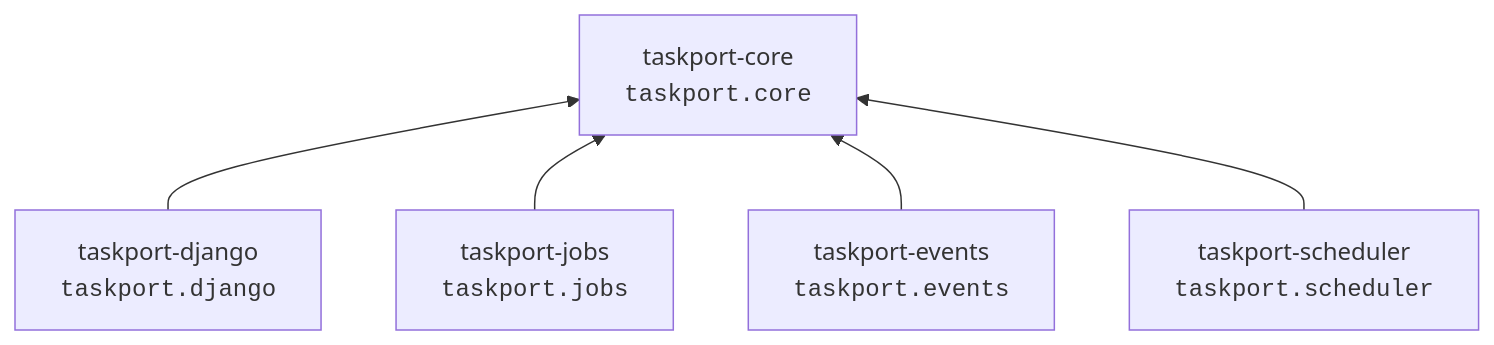
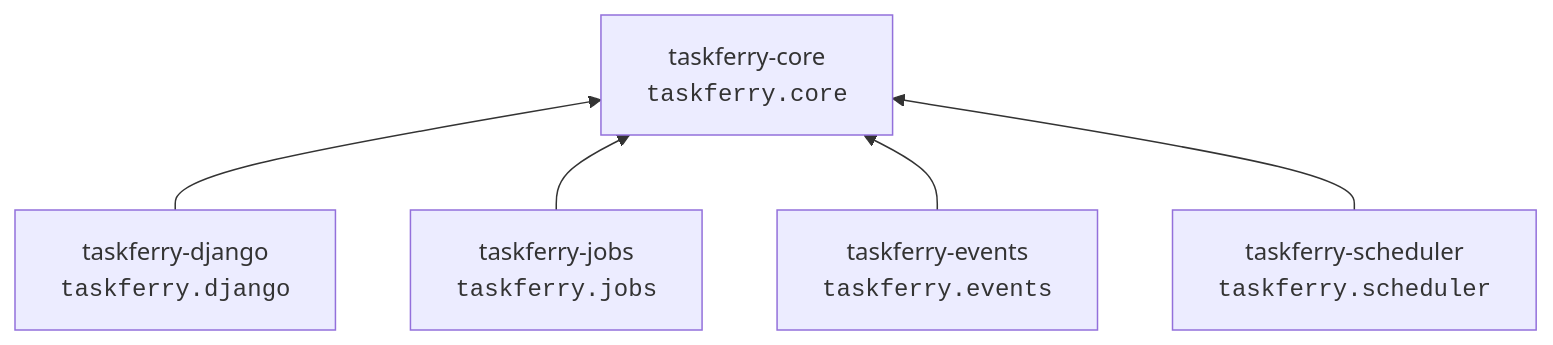
One commit to xiidigital/taskferry changed the first of 7 diagrams in docs/architecture/refactor-2026.md. Above: the diagram before and after it, drawn with Mermaid. The commit also changed other lines of this file and 424 other files, not shown here.

First line of the commit message:
refactor: rebrand taskport to taskferry across all distributions

````diff
--- a/docs/architecture/refactor-2026.md
+++ b/docs/architecture/refactor-2026.md
@@ -19,13 +19,13 @@
 ```mermaid
 flowchart BT
-    DJ["taskport-django<br/><code>taskport.django</code>"]
-    JOBS["taskport-jobs<br/><code>taskport.jobs</code>"]
-    EV["taskport-events<br/><code>taskport.events</code>"]
-    SCH["taskport-scheduler<br/><code>taskport.scheduler</code>"]
-    CORE["taskport-core<br/><code>taskport.core</code>"]
+    DJ["taskferry-django<br/><code>taskferry.django</code>"]
+    JOBS["taskferry-jobs<br/><code>taskferry.jobs</code>"]
+    EV["taskferry-events<br/><code>taskferry.events</code>"]
+    SCH["taskferry-scheduler<br/><code>taskferry.scheduler</code>"]
+    CORE["taskferry-core<br/><code>taskferry.core</code>"]
 
     DJ --> CORE
     JOBS --> CORE
     EV --> CORE
     SCH --> CORE
 ```
````
